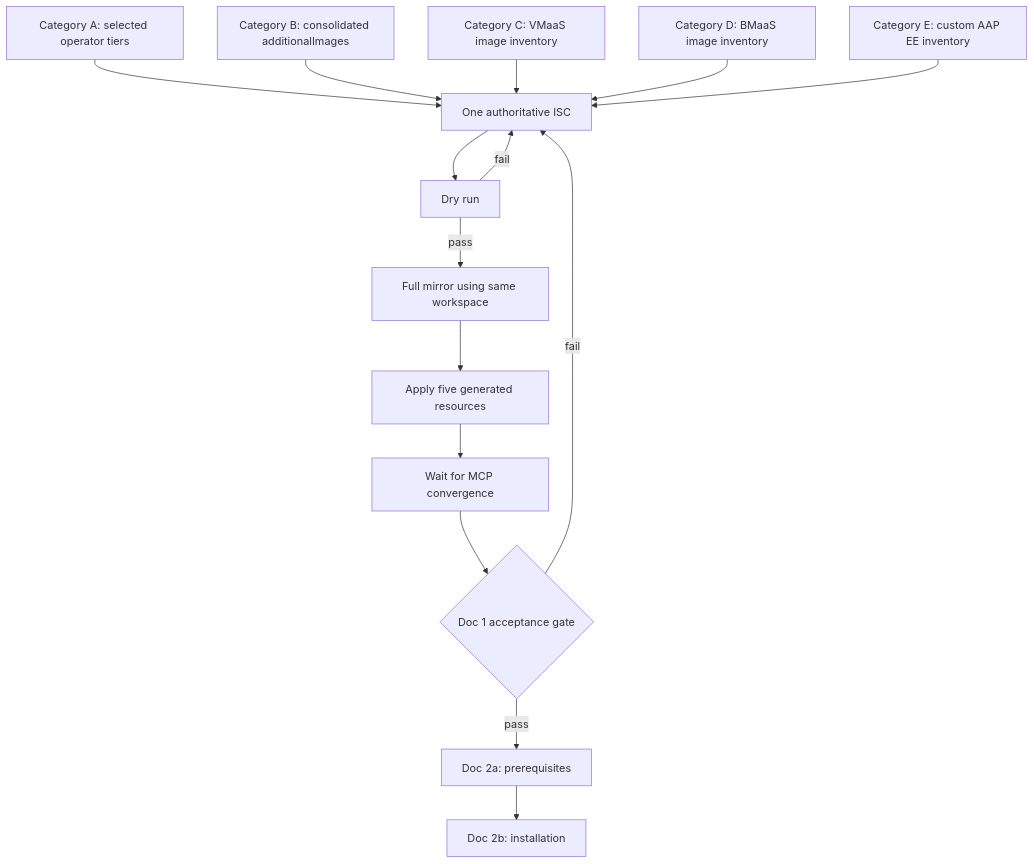
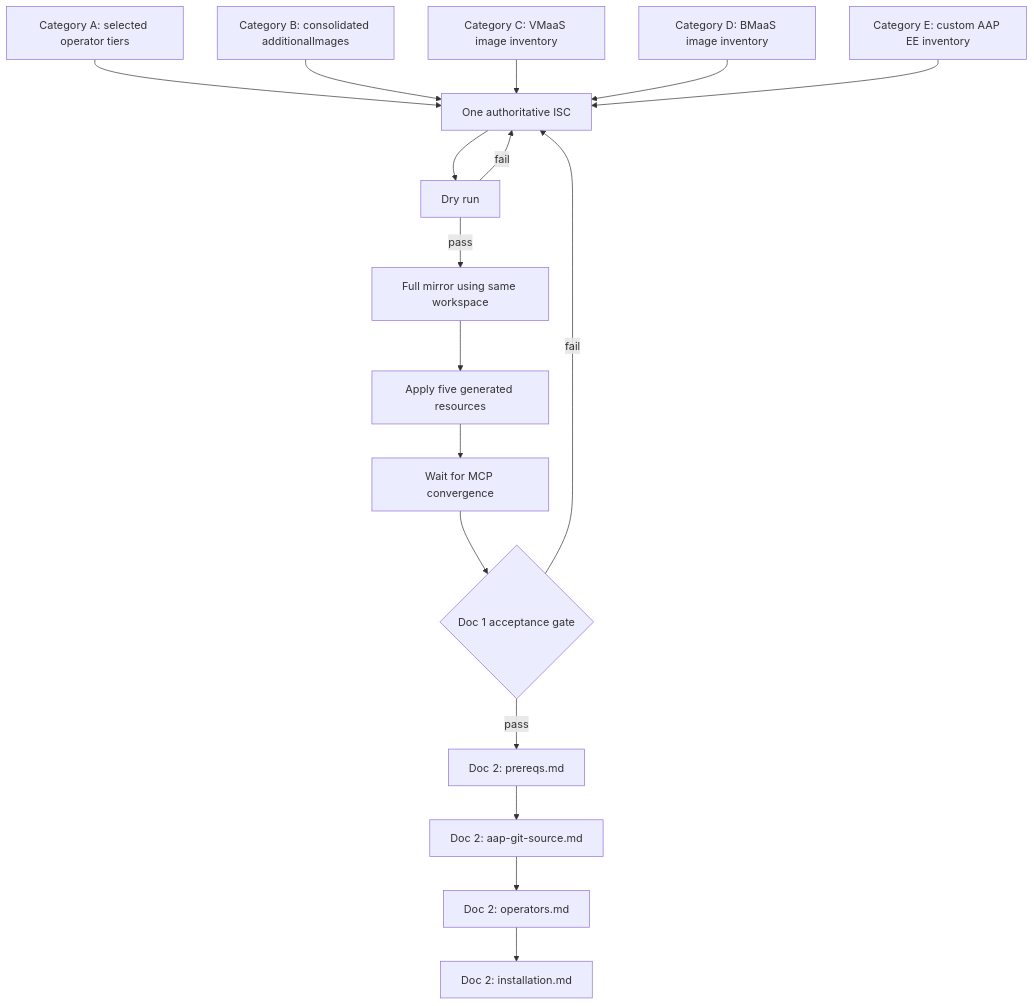
One commit to osac-project/osac changed the diagram in docs/guides/installation/disconnected/README.md. Above: the diagram before and after it, drawn with Mermaid. The commit also changed other lines of this file and 5 other files, not shown here.

````diff
--- a/docs/guides/installation/disconnected/README.md
+++ b/docs/guides/installation/disconnected/README.md
@@ -142,17 +148,19 @@
 ```mermaid
 flowchart TD
     C1A[Category A: selected operator tiers] --> ISC[One authoritative ISC]
     C1B[Category B: consolidated additionalImages] --> ISC
     C1C[Category C: VMaaS image inventory] --> ISC
     C1D[Category D: BMaaS image inventory] --> ISC
     C1E[Category E: custom AAP EE inventory] --> ISC
     ISC --> DRY[Dry run]
     DRY -->|pass| FULL[Full mirror using same workspace]
     DRY -->|fail| ISC
     FULL --> APPLY[Apply five generated resources]
     APPLY --> MCP[Wait for MCP convergence]
     MCP --> GATE{Doc 1 acceptance gate}
-    GATE -->|pass| PRE[Doc 2a: prerequisites]
+    GATE -->|pass| PRE["Doc 2: prereqs.md"]
     GATE -->|fail| ISC
-    PRE --> INST[Doc 2b: installation]
+    PRE --> GIT["Doc 2: aap-git-source.md"]
+    GIT --> OPS["Doc 2: operators.md"]
+    OPS --> INST["Doc 2: installation.md"]
 ```
````
